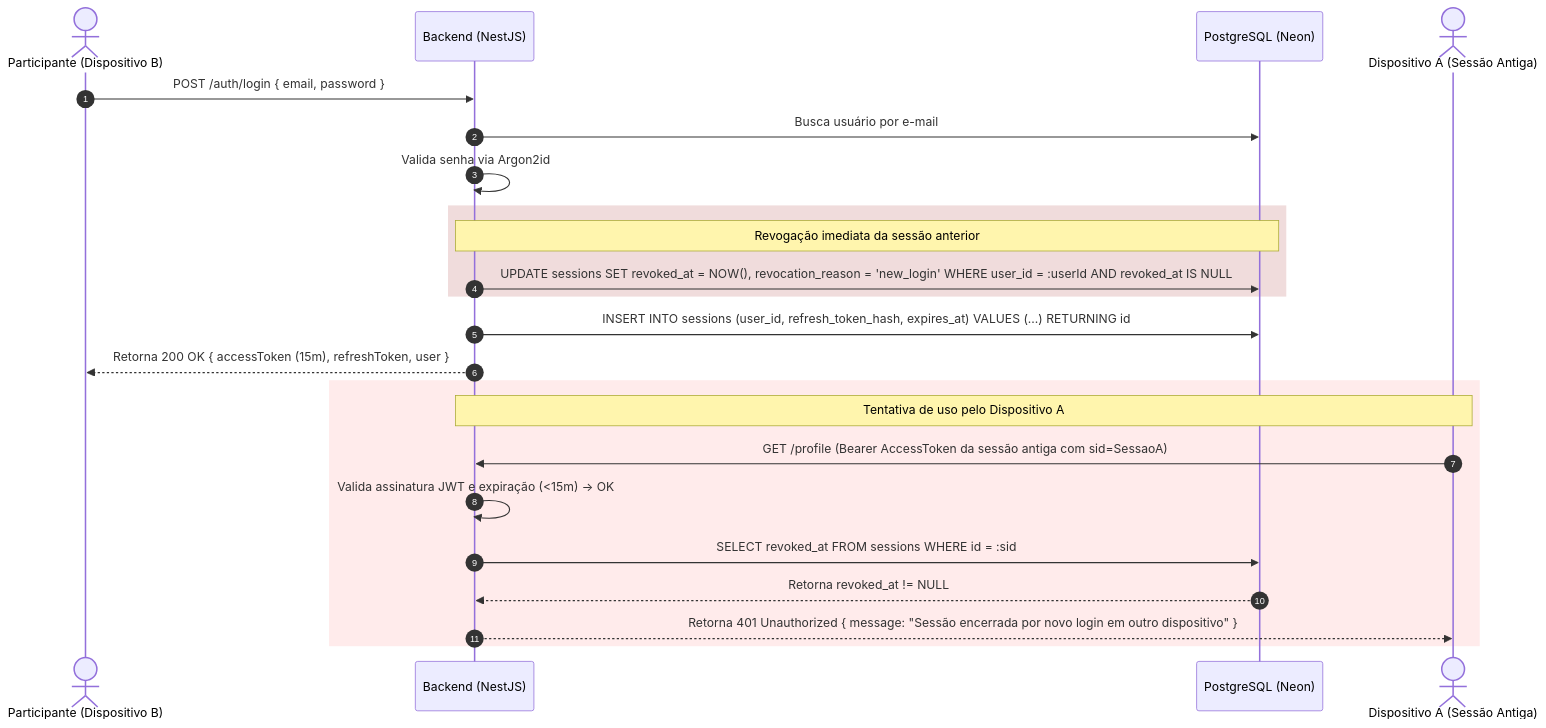
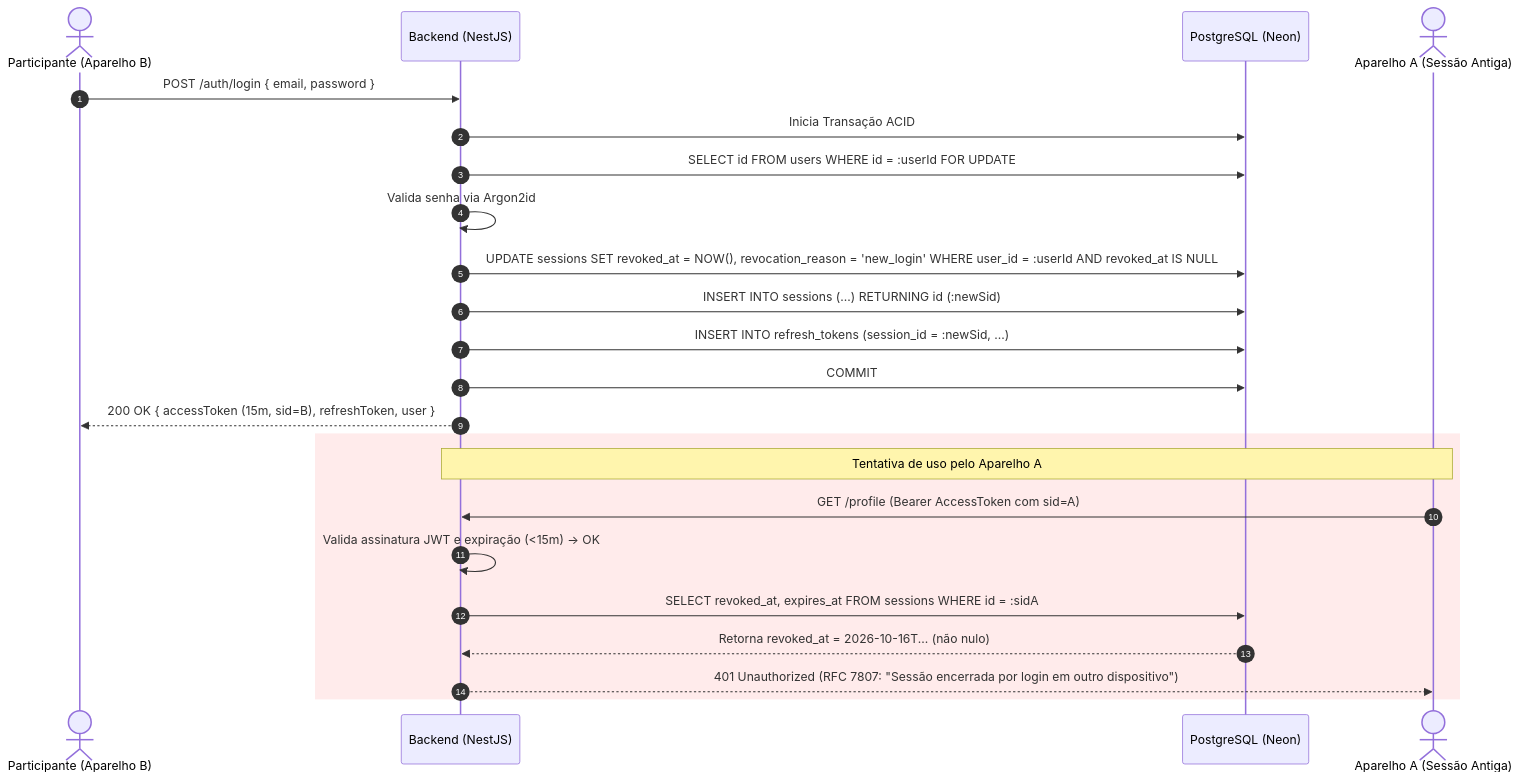
One commit to JaviDansen/ArenaGo changed the third of 6 diagrams in docs/task-6.1-arquitetura-backend.md. Above: the diagram before and after it, drawn with Mermaid. The commit also changed other lines of this file, not shown here.

````diff
--- a/docs/task-6.1-arquitetura-backend.md
+++ b/docs/task-6.1-arquitetura-backend.md
@@ -571,29 +641,27 @@
 ```mermaid
 sequenceDiagram
     autonumber
-    actor User as Participante (Dispositivo B)
+    actor UserB as Participante (Aparelho B)
     participant API as Backend (NestJS)
     participant DB as PostgreSQL (Neon)
-    actor OldDevice as Dispositivo A (Sessão Antiga)
+    actor UserA as Aparelho A (Sessão Antiga)
 
-    User->>API: POST /auth/login { email, password }
-    API->>DB: Busca usuário por e-mail
+    UserB->>API: POST /auth/login { email, password }
+    API->>DB: Inicia Transação ACID
+    API->>DB: SELECT id FROM users WHERE id = :userId FOR UPDATE
     API->>API: Valida senha via Argon2id
-    
-    rect rgb(240, 220, 220)
-    Note over API,DB: Revogação imediata da sessão anterior
     API->>DB: UPDATE sessions SET revoked_at = NOW(), revocation_reason = 'new_login' WHERE user_id = :userId AND revoked_at IS NULL
-    end
-
-    API->>DB: INSERT INTO sessions (user_id, refresh_token_hash, expires_at) VALUES (...) RETURNING id
-    API-->>User: Retorna 200 OK { accessToken (15m), refreshToken, user }
+    API->>DB: INSERT INTO sessions (...) RETURNING id (:newSid)
+    API->>DB: INSERT INTO refresh_tokens (session_id = :newSid, ...)
+    API->>DB: COMMIT
+    API-->>UserB: 200 OK { accessToken (15m, sid=B), refreshToken, user }
 
     rect rgb(255, 235, 235)
-    Note over OldDevice,API: Tentativa de uso pelo Dispositivo A
-    OldDevice->>API: GET /profile (Bearer AccessToken da sessão antiga com sid=SessaoA)
+    Note over UserA,API: Tentativa de uso pelo Aparelho A
+    UserA->>API: GET /profile (Bearer AccessToken com sid=A)
     API->>API: Valida assinatura JWT e expiração (<15m) -> OK
-    API->>DB: SELECT revoked_at FROM sessions WHERE id = :sid
-    DB-->>API: Retorna revoked_at != NULL
-    API-->>OldDevice: Retorna 401 Unauthorized { message: "Sessão encerrada por novo login em outro dispositivo" }
+    API->>DB: SELECT revoked_at, expires_at FROM sessions WHERE id = :sidA
+    DB-->>API: Retorna revoked_at = 2026-10-16T... (não nulo)
+    API-->>UserA: 401 Unauthorized (RFC 7807: "Sessão encerrada por login em outro dispositivo")
     end
 ```
````
